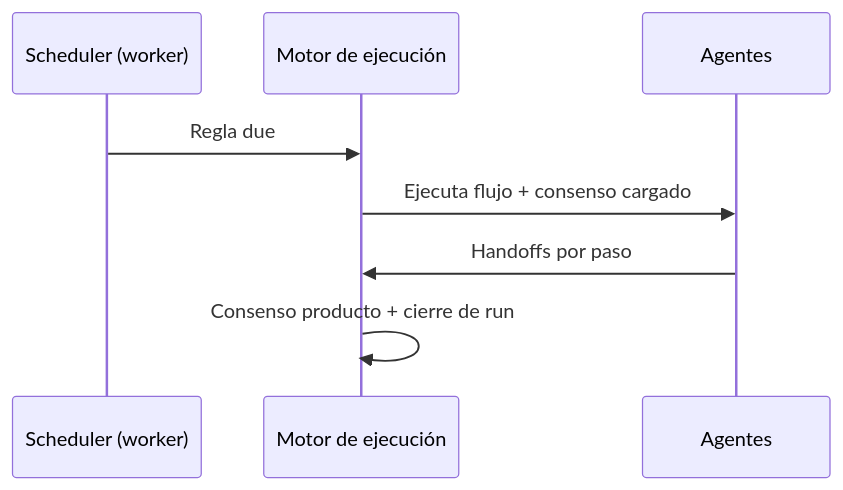
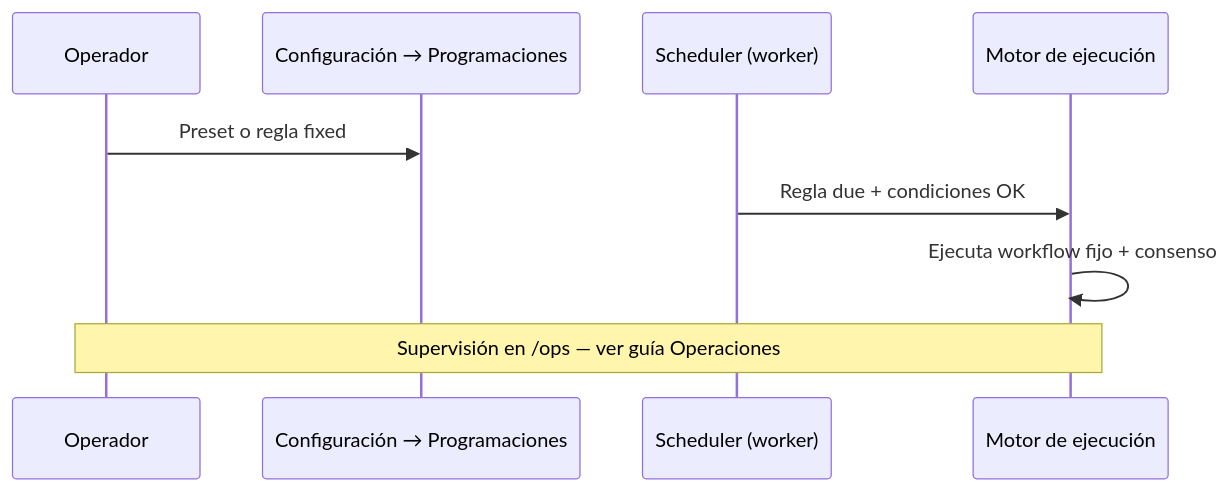
The second of 2 diagrams in frontend/src/content/help/guia-flujos.md (kreodevs/ia-company), drawn with Mermaid before and after one commit. The commit also changed other lines of this file and 19 other files, not shown here.

````diff
--- a/frontend/src/content/help/guia-flujos.md
+++ b/frontend/src/content/help/guia-flujos.md
@@ -70,10 +83,11 @@
 ```mermaid
 sequenceDiagram
+  participant U as Operador
+  participant CFG as Configuración → Programaciones
   participant S as Scheduler (worker)
   participant W as Motor de ejecución
-  participant A as Agentes
-  S->>W: Regla due
-  W->>A: Ejecuta flujo + consenso cargado
-  A->>W: Handoffs por paso
-  W->>W: Consenso producto + cierre de run
+  U->>CFG: Preset o regla fixed
+  S->>W: Regla due + condiciones OK
+  W->>W: Ejecuta workflow fijo + consenso
+  Note over U,W: Supervisión en /ops — ver guía Operaciones
 ```
````
